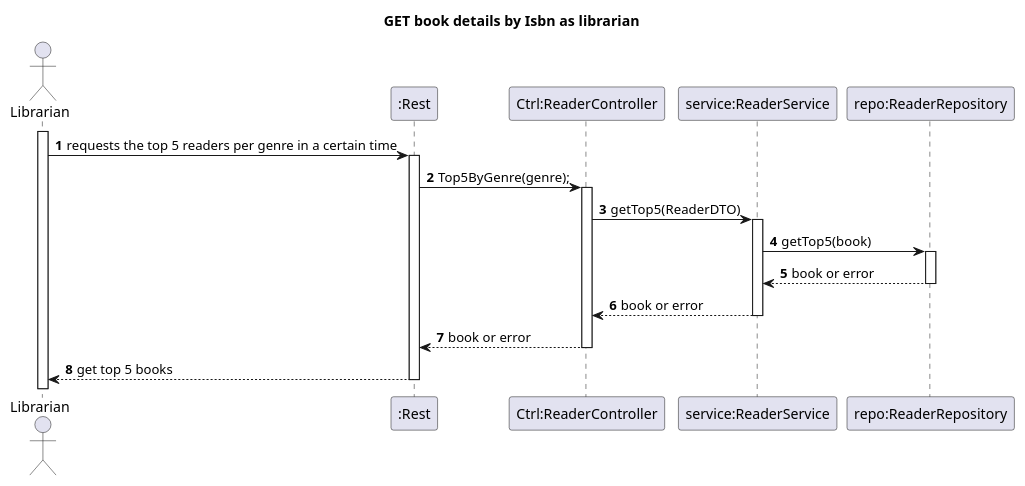
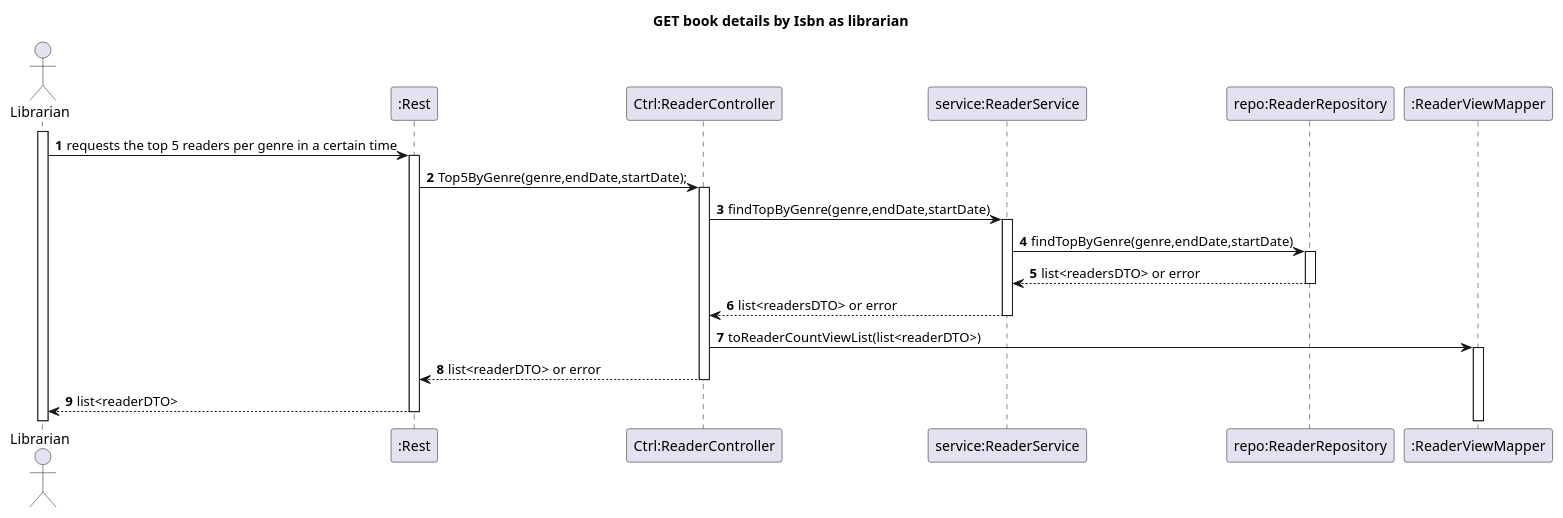
One commit to rutemf/1220944_1220772_G01 changed the diagram in Docs/Phase2/WP5-Reporting/Ph2-17-Top5ReaderPerGenreCertainTime/Ph2-17-Top5ReaderPerGenreCertainTime.puml. Above: the diagram before and after it, drawn with PlantUML. The commit also changed 1 other file, not shown here.

Commit message:
Ph2-17-Top5ReaderPerGenreCertainTime design

```diff
--- a/Docs/Phase2/WP5-Reporting/Ph2-17-Top5ReaderPerGenreCertainTime/Ph2-17-Top5ReaderPerGenreCertainTime.puml
+++ b/Docs/Phase2/WP5-Reporting/Ph2-17-Top5ReaderPerGenreCertainTime/Ph2-17-Top5ReaderPerGenreCertainTime.puml
@@ -1,27 +1,28 @@
 @startuml
 'https://plantuml.com/sequence-diagram
 autoactivate on
 autonumber
 
 title GET book details by Isbn as librarian
 
 actor "Librarian" as User
 participant ":Rest" as Rest
 participant "Ctrl:ReaderController" as Ctrl
 participant "service:ReaderService" as Service
 participant "repo:ReaderRepository" as Repo
-
+participant ":ReaderViewMapper" as Mapper
 activate User
 
 User -> Rest: requests the top 5 readers per genre in a certain time
 
-Rest -> Ctrl: Top5ByGenre(genre);
+Rest -> Ctrl: Top5ByGenre(genre,endDate,startDate);
 
-Ctrl -> Service: getTop5(ReaderDTO)
-Service -> Repo: getTop5(book)
-Repo --> Service: book or error
-Service --> Ctrl: book or error
-Ctrl --> Rest: book or error
-Rest --> User: get top 5 books
+Ctrl -> Service: findTopByGenre(genre,endDate,startDate)
+Service -> Repo: findTopByGenre(genre,endDate,startDate)
+Repo --> Service: list<readersDTO> or error
+Service --> Ctrl: list<readersDTO> or error
+Ctrl -> Mapper: toReaderCountViewList(list<readerDTO>)
+Ctrl --> Rest: list<readerDTO> or error
+Rest --> User: list<readerDTO>
 
 @enduml
```
